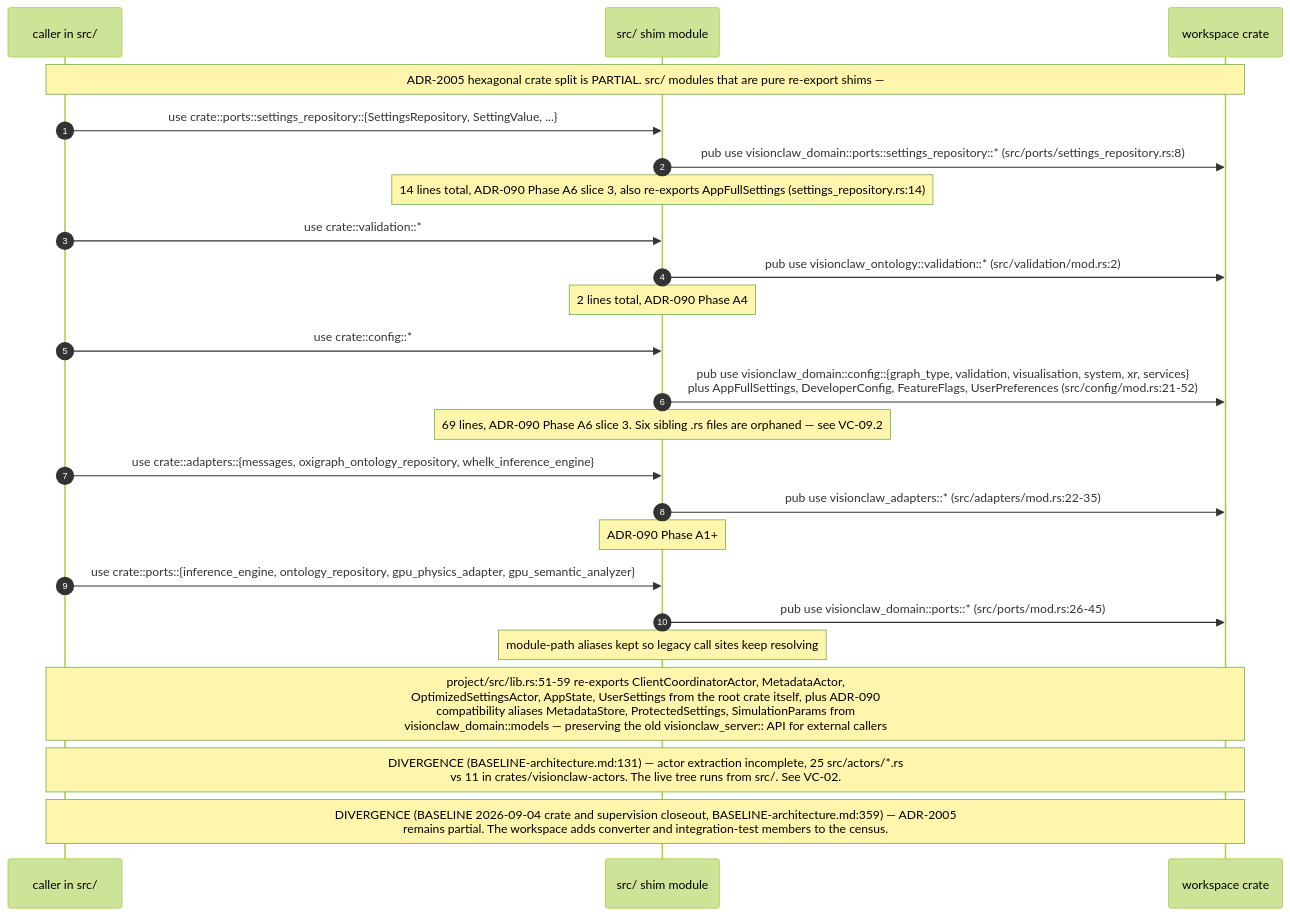
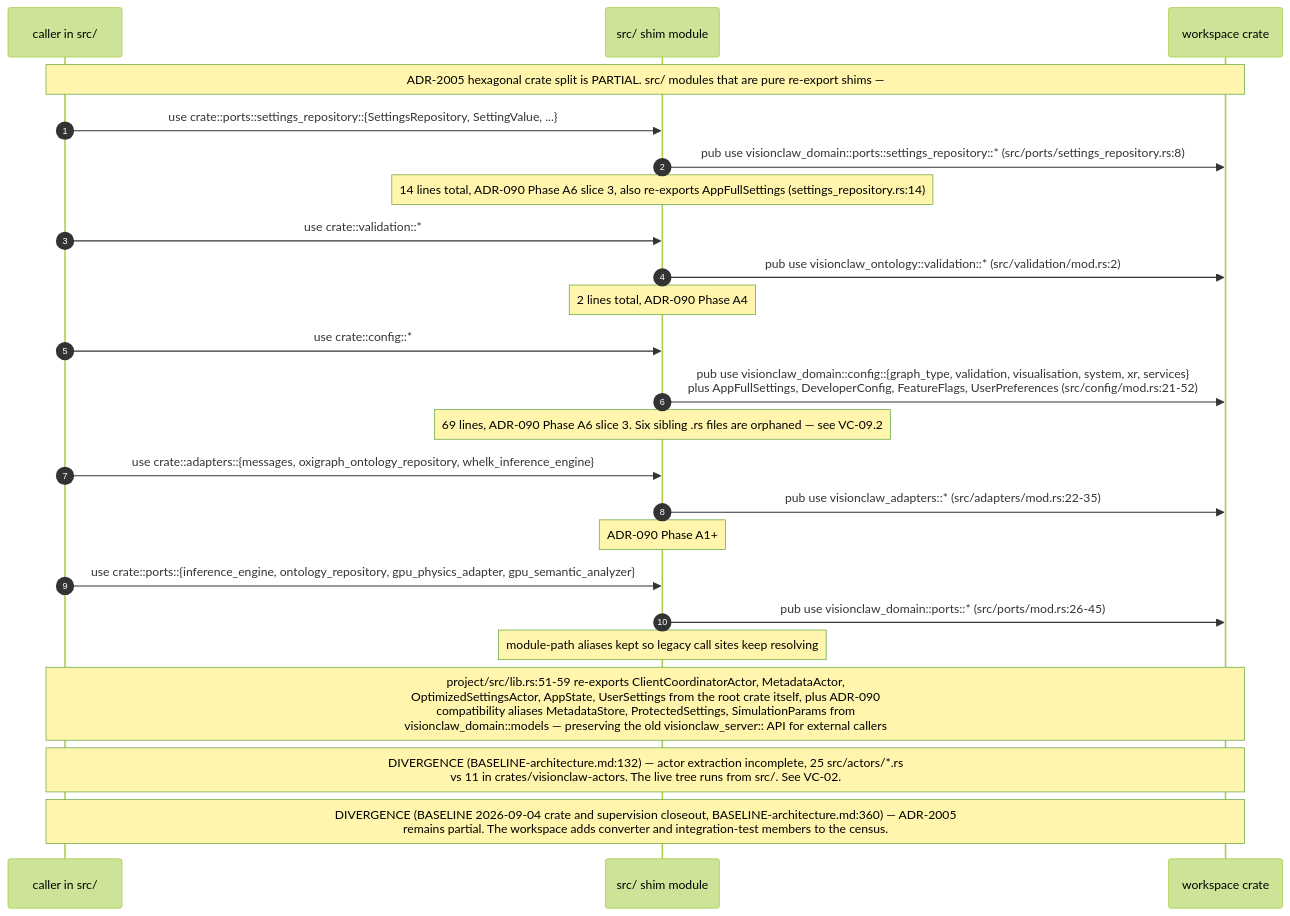
Before and after one commit to DreamLab-AI/VisionFlow: the second of 9 diagrams in docs/diagrams/visionclaw/07-hexagonal-ports-and-crates.md, drawn with Mermaid (forest theme). The commit also changed other lines of this file and 142 other files, not shown here.

First line of the commit message:
docs(diagrams): one System One route; re-verify 140 topics at today's heads

````diff
--- a/docs/diagrams/visionclaw/07-hexagonal-ports-and-crates.md
+++ b/docs/diagrams/visionclaw/07-hexagonal-ports-and-crates.md
@@ -113,27 +113,27 @@
 ```mermaid
 sequenceDiagram
     autonumber
     participant C as caller in src/
     participant SH as src/ shim module
     participant CR as workspace crate
 
     Note over C,CR: ADR-2005 hexagonal crate split is PARTIAL. src/ modules that are pure re-export shims —
     C->>SH: use crate::ports::settings_repository::{SettingsRepository, SettingValue, ...}
     SH->>CR: pub use visionclaw_domain::ports::settings_repository::* (src/ports/settings_repository.rs:8)
     Note over SH: 14 lines total, ADR-090 Phase A6 slice 3, also re-exports AppFullSettings (settings_repository.rs:14)
     C->>SH: use crate::validation::*
     SH->>CR: pub use visionclaw_ontology::validation::* (src/validation/mod.rs:2)
     Note over SH: 2 lines total, ADR-090 Phase A4
     C->>SH: use crate::config::*
     SH->>CR: pub use visionclaw_domain::config::{graph_type, validation, visualisation, system, xr, services}<br/>plus AppFullSettings, DeveloperConfig, FeatureFlags, UserPreferences (src/config/mod.rs:21-52)
     Note over SH: 69 lines, ADR-090 Phase A6 slice 3. Six sibling .rs files are orphaned — see VC-09.2
     C->>SH: use crate::adapters::{messages, oxigraph_ontology_repository, whelk_inference_engine}
     SH->>CR: pub use visionclaw_adapters::* (src/adapters/mod.rs:22-35)
     Note over SH: ADR-090 Phase A1+
     C->>SH: use crate::ports::{inference_engine, ontology_repository, gpu_physics_adapter, gpu_semantic_analyzer}
     SH->>CR: pub use visionclaw_domain::ports::* (src/ports/mod.rs:26-45)
     Note over SH: module-path aliases kept so legacy call sites keep resolving
     Note over C,CR: project/src/lib.rs:51-59 re-exports ClientCoordinatorActor, MetadataActor,<br/>OptimizedSettingsActor, AppState, UserSettings from the root crate itself, plus ADR-090<br/>compatibility aliases MetadataStore, ProtectedSettings, SimulationParams from<br/>visionclaw_domain::models — preserving the old visionclaw_server:: API for external callers
-    Note over C,CR: DIVERGENCE (BASELINE-architecture.md:131) — actor extraction incomplete, 25 src/actors/*.rs<br/>vs 11 in crates/visionclaw-actors. The live tree runs from src/. See VC-02.
-    Note over C,CR: DIVERGENCE (BASELINE 2026-09-04 crate and supervision closeout, BASELINE-architecture.md:359) — ADR-2005<br/>remains partial. The workspace adds converter and integration-test members to the census.
+    Note over C,CR: DIVERGENCE (BASELINE-architecture.md:132) — actor extraction incomplete, 25 src/actors/*.rs<br/>vs 11 in crates/visionclaw-actors. The live tree runs from src/. See VC-02.
+    Note over C,CR: DIVERGENCE (BASELINE 2026-09-04 crate and supervision closeout, BASELINE-architecture.md:360) — ADR-2005<br/>remains partial. The workspace adds converter and integration-test members to the census.
 ```
````
